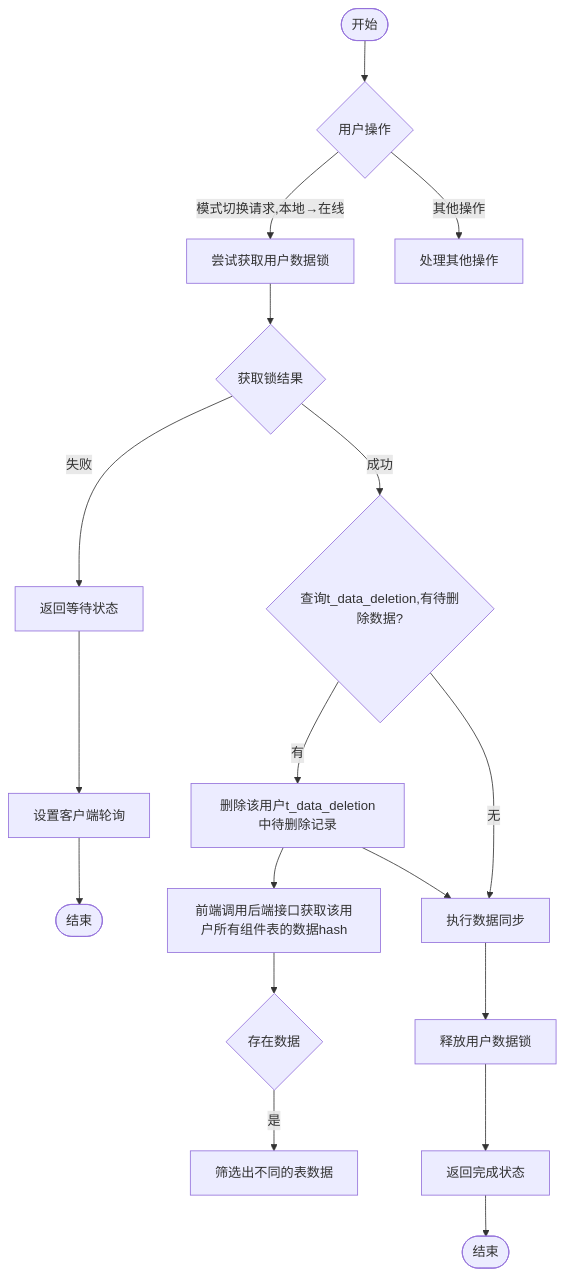
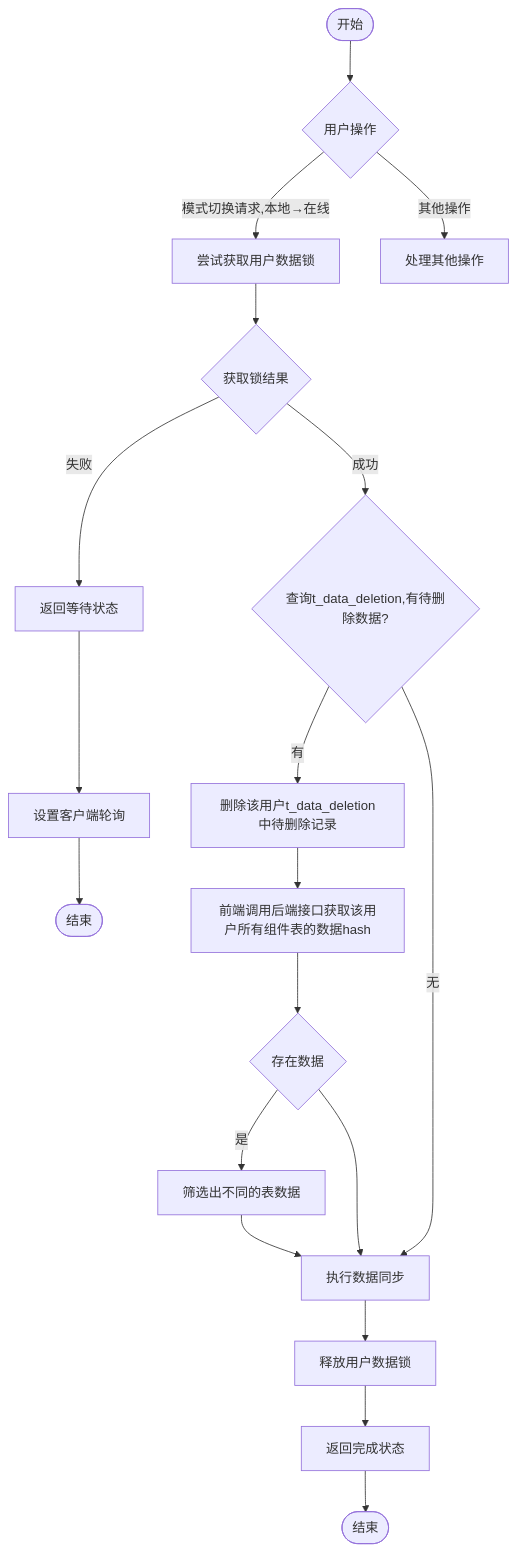
One commit to yingjianzh/iodraw-files changed the diagram in all/未命名-57.md. Above: the diagram before and after it, drawn with Mermaid.

Commit message:
2025-05-12 11:33:50 update

````diff
--- a/all/未命名-57.md
+++ b/all/未命名-57.md
@@ -1,33 +1,33 @@
 ```mermaid
 
 flowchart TD
     %% 主要分支
     Start([开始]) --> UserAction{用户操作}
     UserAction -->|模式切换请求,本地→在线| TryLock[尝试获取用户数据锁]
     UserAction -->|其他操作| OtherOps[处理其他操作]
 
     %% 模式切换流程
     TryLock --> LockResult{获取锁结果}
     
     LockResult -->|失败| ReturnWaiting[返回等待状态]
     ReturnWaiting --> SetupPolling[设置客户端轮询]
     SetupPolling --> End1([结束])
     
     LockResult -->|成功| CheckPendingDeletion{查询t_data_deletion,有待删除数据?}
     
     CheckPendingDeletion -->|有| RemoveDeletionRecords[删除该用户t_data_deletion中待删除记录]
     RemoveDeletionRecords --> FrontGetComponentTableHash[前端调用后端接口获取该用户所有组件表的数据hash]
     FrontGetComponentTableHash --> ExistData{存在数据}
 
     ExistData --> |是| CheckIsSame[筛选出不同的表数据]
 
-    CheckIsSame
-    RemoveDeletionRecords --> PerformSync[执行数据同步]
+    CheckIsSame --> PerformSync[执行数据同步]
+    ExistData --> PerformSync[执行数据同步]
     
     CheckPendingDeletion -->|无| PerformSync
     
     PerformSync --> ReleaseSwitchLock[释放用户数据锁]
     ReleaseSwitchLock --> ReturnComplete[返回完成状态]
     ReturnComplete --> End2([结束])
 
 ```
````
